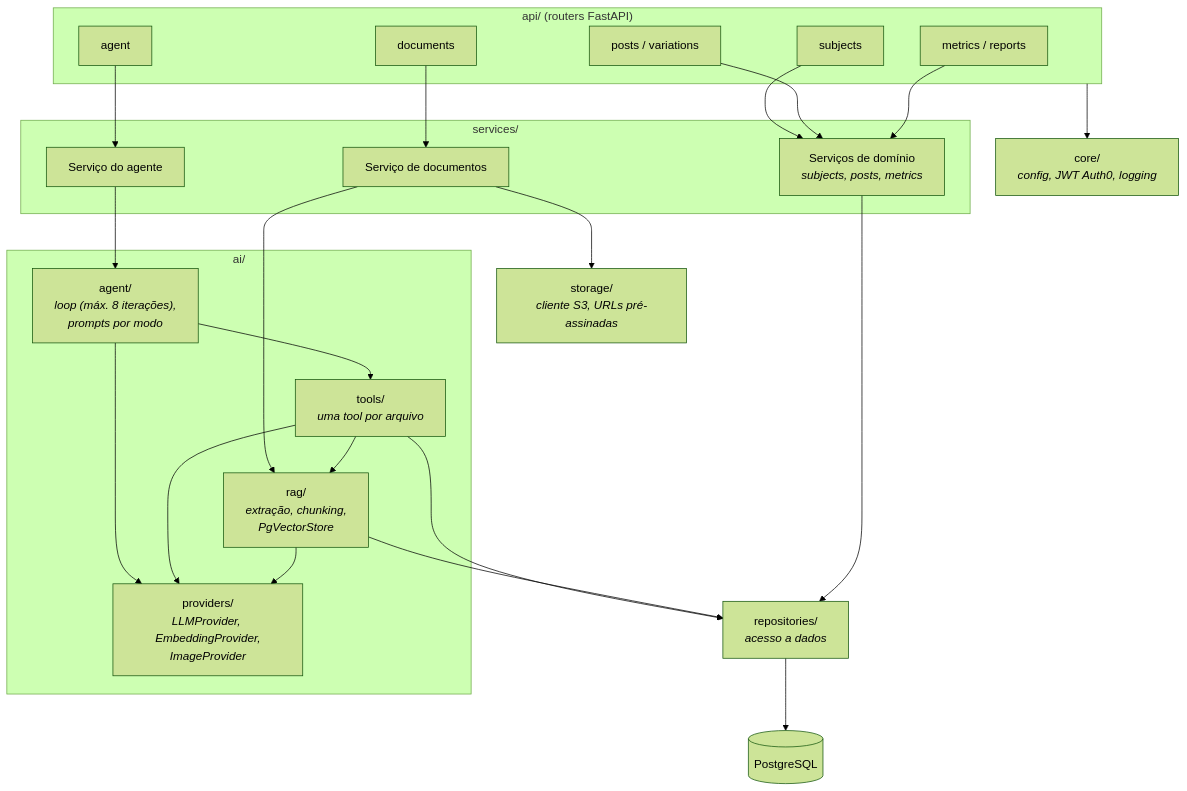
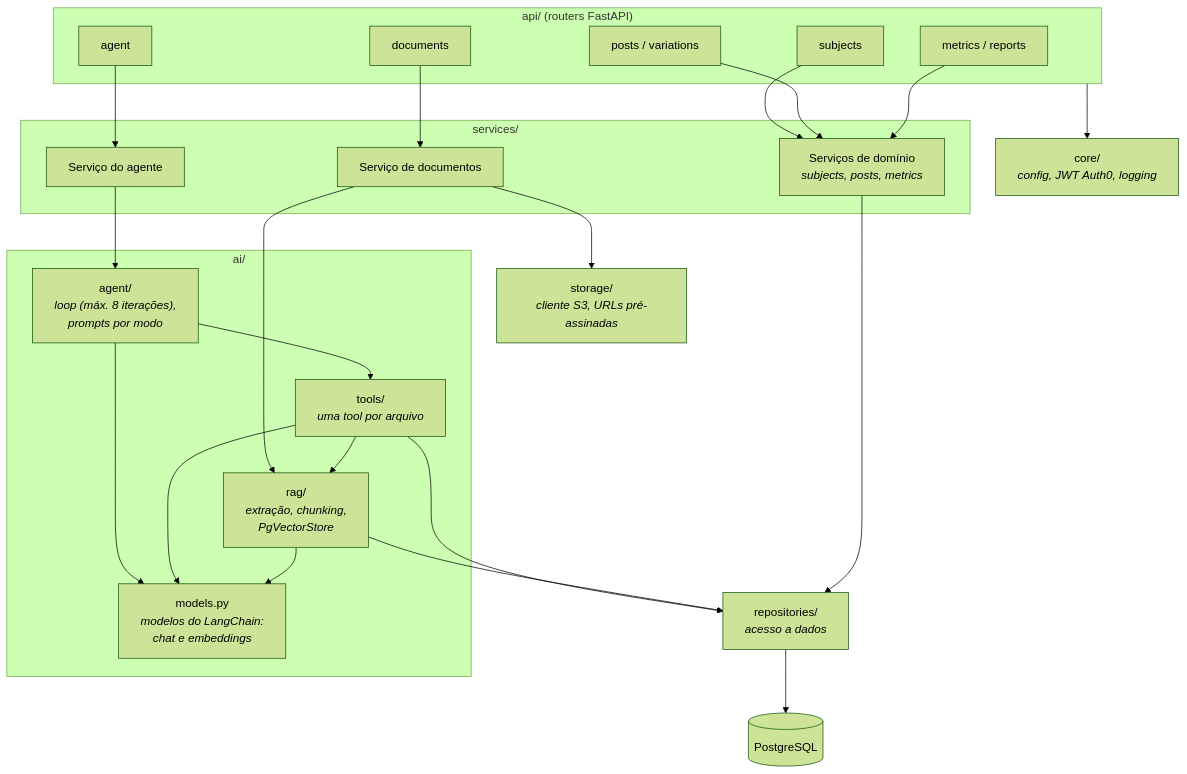
Before and after one commit to JonasRocha189/postpilot-ai: the third of 3 diagrams in _docs/arquitetura.md, drawn with Mermaid (forest theme). The commit also changed other lines of this file and 5 other files, not shown here.

Commit message:
docs: AI stack with LangChain, LangGraph, OpenAI and Groq (decision 34)

````diff
--- a/_docs/arquitetura.md
+++ b/_docs/arquitetura.md
@@ -73,47 +73,47 @@
 ```mermaid
 flowchart TB
     subgraph api["api/ (routers FastAPI)"]
         r_assuntos["subjects"]
         r_posts["posts / variations"]
         r_docs["documents"]
         r_metricas["metrics / reports"]
         r_agente["agent"]
     end
 
     core["core/<br/><i>config, JWT Auth0, logging</i>"]
 
     subgraph services["services/"]
         s_crud["Serviços de domínio<br/><i>subjects, posts, metrics</i>"]
         s_docs["Serviço de documentos"]
         s_agente["Serviço do agente"]
     end
 
     repos["repositories/<br/><i>acesso a dados</i>"]
 
     subgraph ai["ai/"]
         loop["agent/<br/><i>loop (máx. 8 iterações),<br/>prompts por modo</i>"]
         tools["tools/<br/><i>uma tool por arquivo</i>"]
         rag["rag/<br/><i>extração, chunking,<br/>PgVectorStore</i>"]
-        providers["providers/<br/><i>LLMProvider, EmbeddingProvider,<br/>ImageProvider</i>"]
+        providers["models.py<br/><i>modelos do LangChain:<br/>chat e embeddings</i>"]
     end
 
     storage["storage/<br/><i>cliente S3, URLs pré-assinadas</i>"]
     db[("PostgreSQL")]
 
     api --> core
     r_assuntos & r_posts & r_metricas --> s_crud
     r_docs --> s_docs
     r_agente --> s_agente
     s_crud --> repos
     s_docs --> storage
     s_docs --> rag
     s_agente --> loop
     loop --> providers
     loop --> tools
     tools --> repos
     tools --> rag
     tools --> providers
     rag --> providers
     rag --> repos
     repos --> db
 ```
````
